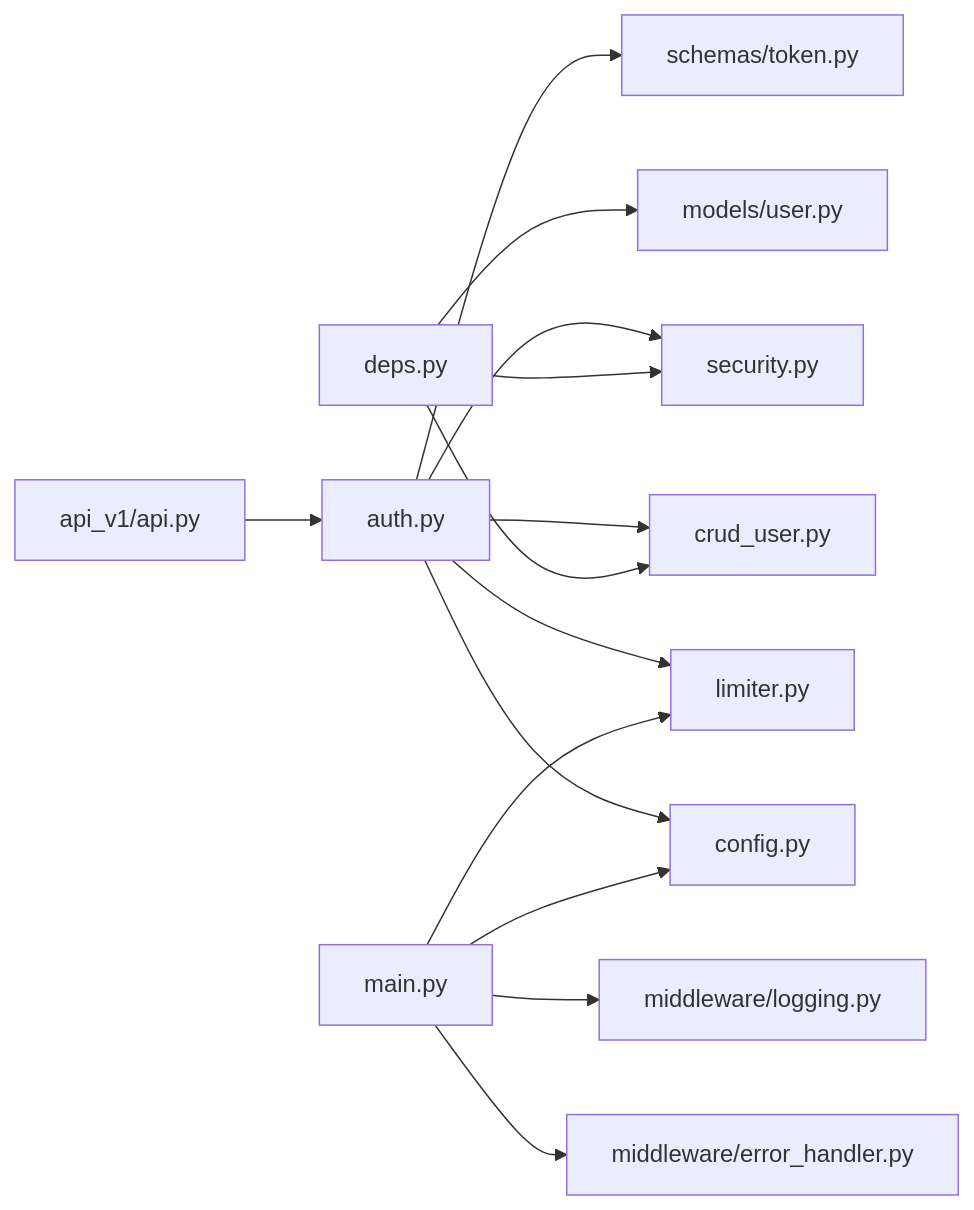
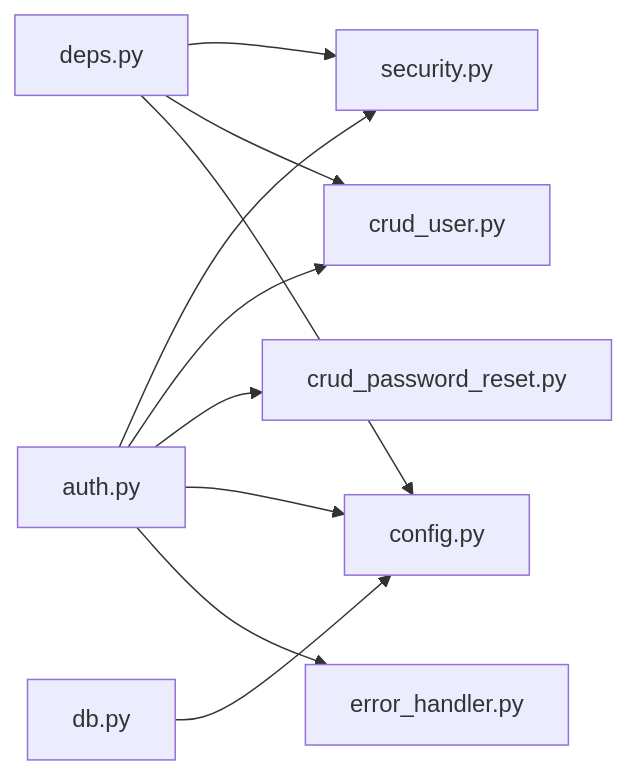
Before and after one commit to ss8806/Todos: the sixth of 6 diagrams in .qoder/repowiki/ja/content/認証システム/認証システム.md, drawn with Mermaid. The commit also changed other lines of this file and 106 other files, not shown here.

````diff
--- a/.qoder/repowiki/ja/content/認証システム/認証システム.md
+++ b/.qoder/repowiki/ja/content/認証システム/認証システム.md
@@ -349,16 +369,12 @@
 ```mermaid
 graph LR
-AUTH["auth.py"] --> CRUD["crud_user.py"]
-AUTH --> SEC["security.py"]
-AUTH --> CFG["config.py"]
-AUTH --> LIM["limiter.py"]
-AUTH --> TOK["schemas/token.py"]
-DEPS["deps.py"] --> SEC
-DEPS --> CRUD
-DEPS --> MOD["models/user.py"]
-MAIN["main.py"] --> CFG
-MAIN --> LIM
-MAIN --> EH["middleware/error_handler.py"]
-MAIN --> LOGM["middleware/logging.py"]
-APIR["api_v1/api.py"] --> AUTH
+AuthEP["auth.py"] --> Security["security.py"]
+AuthEP --> CRUDU["crud_user.py"]
+AuthEP --> CRUDR["crud_password_reset.py"]
+AuthEP --> Config["config.py"]
+AuthEP --> ErrorHandler["error_handler.py"]
+Deps["deps.py"] --> Security
+Deps --> CRUDU
+Deps --> Config
+DB["db.py"] --> Config
 ```
````
